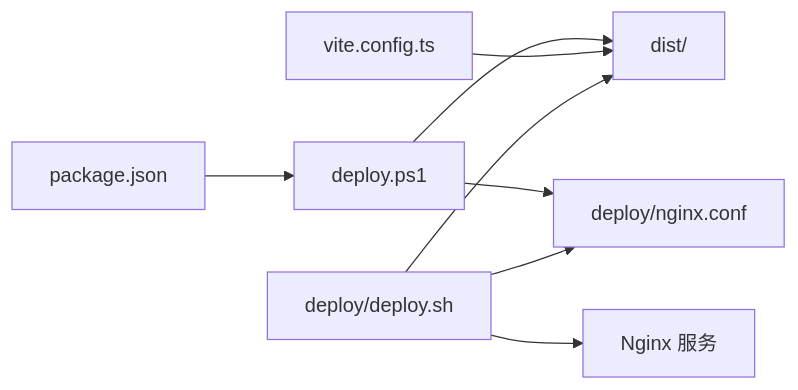
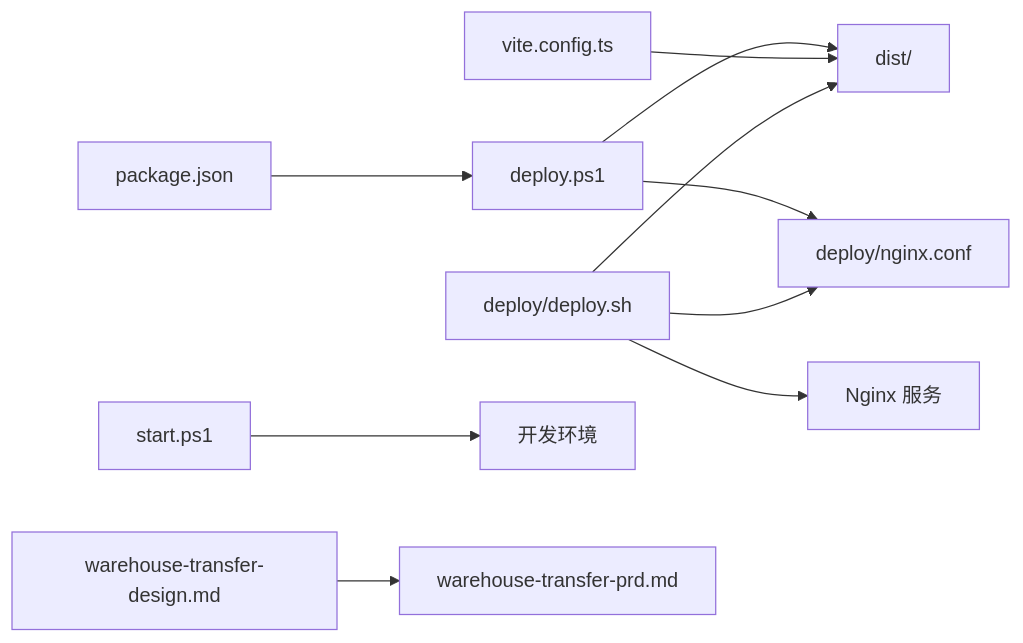
One commit to chinak/permission_apply changed the sixth of 9 diagrams in .qoder/repowiki/zh/content/部署和运维/部署和运维.md. Above: the diagram before and after it, drawn with Mermaid. The commit also changed other lines of this file and 94 other files, not shown here.

````diff
--- a/.qoder/repowiki/zh/content/部署和运维/部署和运维.md
+++ b/.qoder/repowiki/zh/content/部署和运维/部署和运维.md
@@ -209,10 +261,12 @@
 ```mermaid
 graph LR
 Pkg["package.json"] --> PS["deploy.ps1"]
 PS --> Dist["dist/"]
 Vite["vite.config.ts"] --> Dist
 PS --> NConf["deploy/nginx.conf"]
 Sh["deploy/deploy.sh"] --> NConf
 Sh --> Dist
 Sh --> Nginx["Nginx 服务"]
+Start["start.ps1"] --> DevEnv["开发环境"]
+Design["warehouse-transfer-design.md"] --> PRD["warehouse-transfer-prd.md"]
 ```
````
